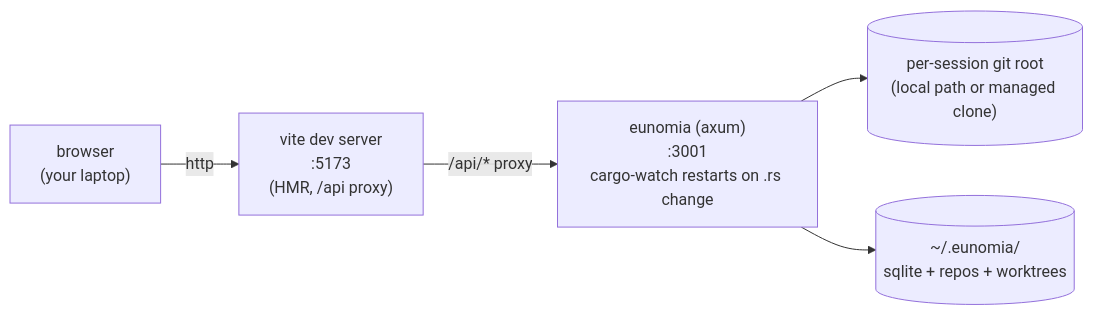
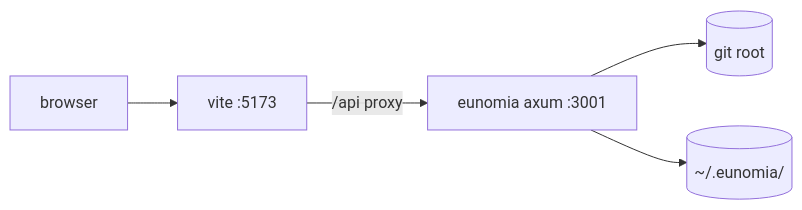
Before and after one commit to James-Mart/eunomio: the first of 2 diagrams in ARCHITECTURE.md, drawn with Mermaid. The commit also changed other lines of this file and 113 other files, not shown here.

````diff
--- a/ARCHITECTURE.md
+++ b/ARCHITECTURE.md
@@ -5,13 +11,13 @@
 ```mermaid
 flowchart LR
-  browser["browser<br/>(your laptop)"]
-  vite["vite dev server<br/>:5173<br/>(HMR, /api proxy)"]
-  rust["eunomia (axum)<br/>:3001<br/>cargo-watch restarts on .rs change"]
-  repo[("per-session git root<br/>(local path or managed clone)")]
-  state[("~/.eunomia/<br/>sqlite + repos + worktrees")]
+  browser["browser"]
+  vite["vite :5173"]
+  rust["eunomia axum :3001"]
+  repo[("git root")]
+  state[("~/.eunomia/")]
 
-  browser -->|"http"| vite
-  vite -->|"/api/* proxy"| rust
+  browser --> vite
+  vite -->|"/api proxy"| rust
   rust --> repo
   rust --> state
 ```
````
